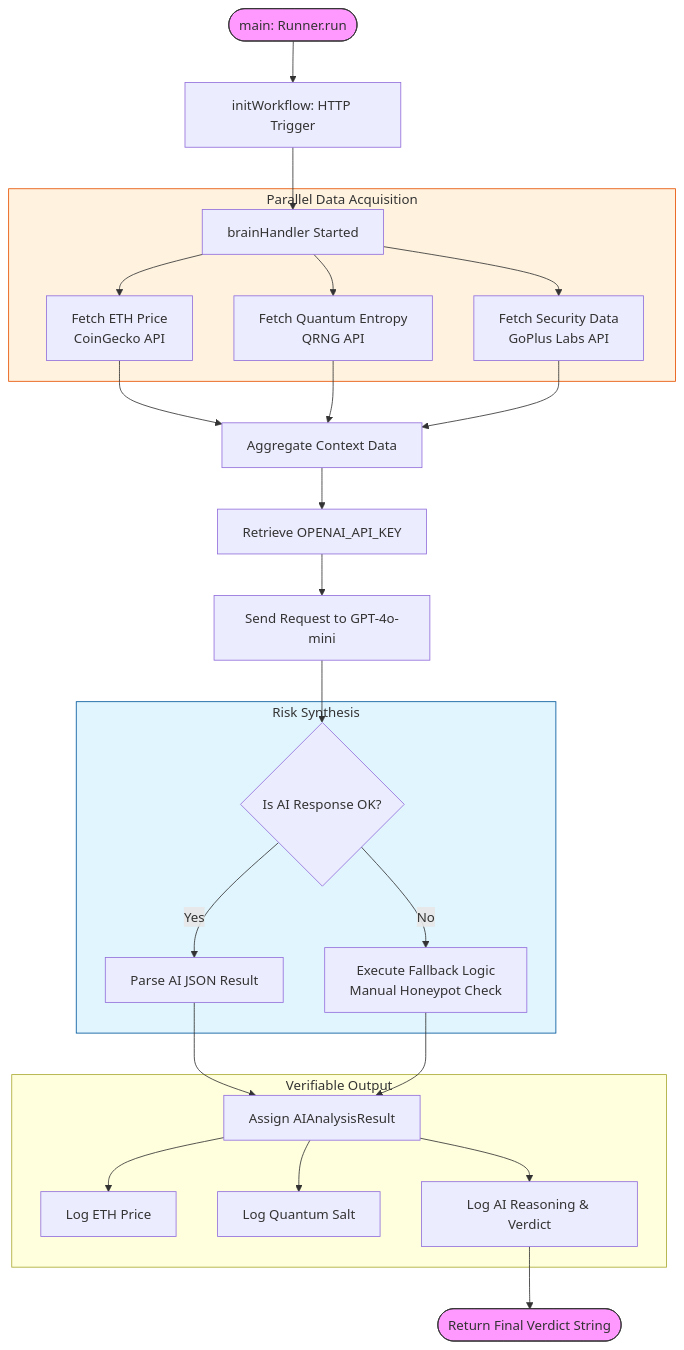
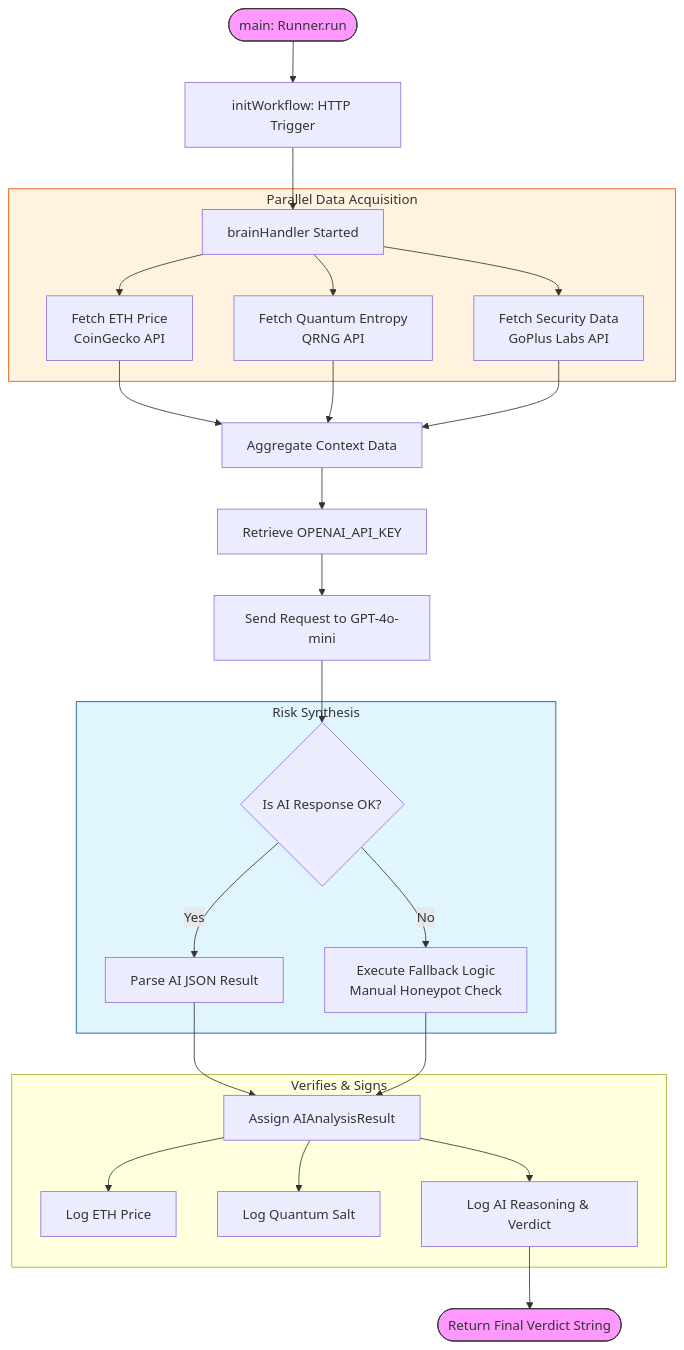
The third of 3 diagrams in README.md (vjb/aegis-risk-oracle), drawn with Mermaid before and after one commit. The commit also changed other lines of this file and 8 other files, not shown here.

Commit message:
docs: finalize multi-factor risk scenarios and AI logic diagrams for hackathon

````diff
--- a/README.md
+++ b/README.md
@@ -62,44 +87,44 @@
 ```mermaid
 ---
 config:
   layout: dagre
 ---
 flowchart TB
  subgraph Data_Fetching["Parallel Data Acquisition"]
         FetchPrice["Fetch ETH Price<br>CoinGecko API"]
         Handler["brainHandler Started"]
         FetchEntropy["Fetch Quantum Entropy<br>QRNG API"]
         FetchSecurity["Fetch Security Data<br>GoPlus Labs API"]
   end
  subgraph Analysis_Processing["Risk Synthesis"]
         ParseJSON["Parse AI JSON Result"]
         ResponseCheck{"Is AI Response OK?"}
         Fallback["Execute Fallback Logic<br>Manual Honeypot Check"]
   end
- subgraph Logging["Verifiable Output"]
+ subgraph Logging["Verifies & Signs"]
         LogPrice["Log ETH Price"]
         FinalState["Assign AIAnalysisResult"]
         LogEntropy["Log Quantum Salt"]
-        LogDecision["Log AI Reasoning &amp; Verdict"]
+        LogDecision["Log AI Reasoning & Verdict"]
   end
     Start(["main: Runner.run"]) --> Init["initWorkflow: HTTP Trigger"]
     Init --> Handler
     Handler --> FetchPrice & FetchEntropy & FetchSecurity
     FetchPrice --> Aggregator["Aggregate Context Data"]
     FetchEntropy --> Aggregator
     FetchSecurity --> Aggregator
     Aggregator --> GetSecret["Retrieve OPENAI_API_KEY"]
     GetSecret --> AIRequest["Send Request to GPT-4o-mini"]
     AIRequest --> ResponseCheck
     ResponseCheck -- Yes --> ParseJSON
     ResponseCheck -- No --> Fallback
     ParseJSON --> FinalState
     Fallback --> FinalState
     FinalState --> LogPrice & LogEntropy & LogDecision
     LogDecision --> End(["Return Final Verdict String"])
 
     style Start fill:#f9f,stroke:#333
     style End fill:#f9f,stroke:#333
     style Analysis_Processing fill:#e1f5fe,stroke:#01579b
     style Data_Fetching fill:#fff3e0,stroke:#e65100
 ```
````
